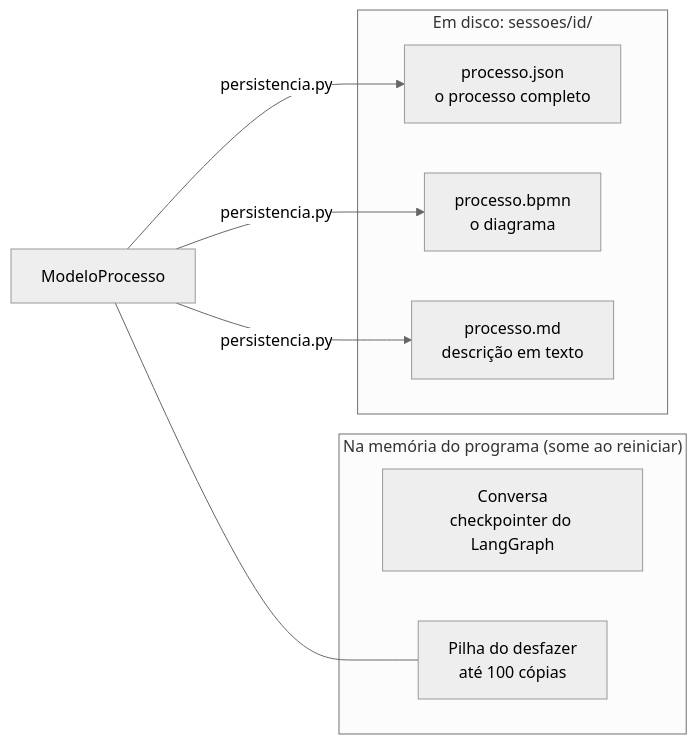
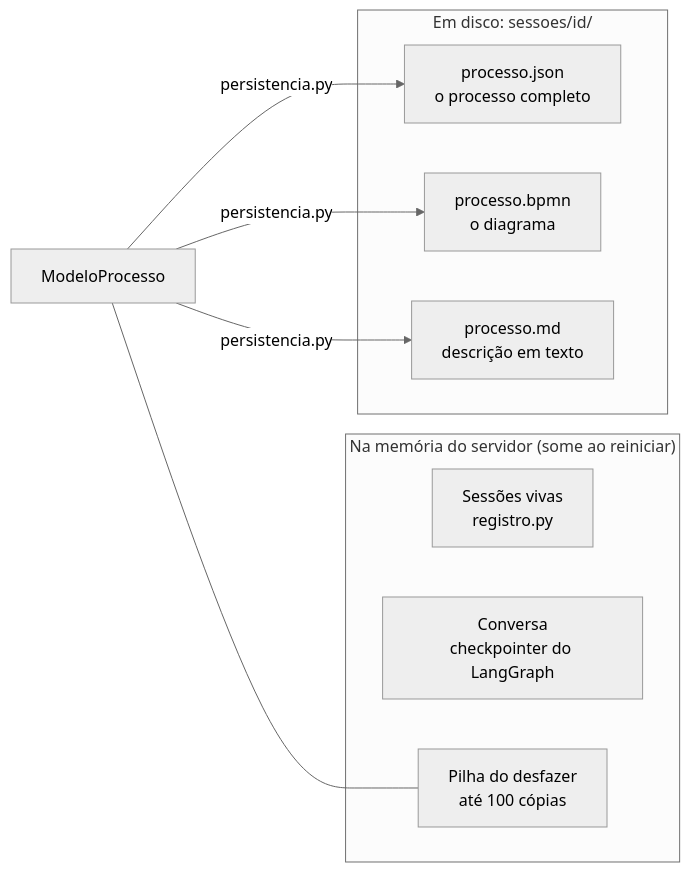
The fourth of 4 diagrams in docs/README.md (arthurparahyba/bpmn-agent), drawn with Mermaid (neutral theme) before and after one commit. The commit also changed other lines of this file and 13 other files, not shown here.

````diff
--- a/docs/README.md
+++ b/docs/README.md
@@ -211,16 +251,17 @@
 ```mermaid
 flowchart LR
-    subgraph memoria["Na memória do programa (some ao reiniciar)"]
+    subgraph memoria["Na memória do servidor (some ao reiniciar)"]
+        R["Sessões vivas<br/>registro.py"]
         H["Conversa<br/>checkpointer do LangGraph"]
         D["Pilha do desfazer<br/>até 100 cópias"]
     end
     subgraph disco["Em disco: sessoes/id/"]
         J["processo.json<br/>o processo completo"]
         B["processo.bpmn<br/>o diagrama"]
         MD["processo.md<br/>descrição em texto"]
     end
     MOD["ModeloProcesso"] -- "persistencia.py" --> J
     MOD -- "persistencia.py" --> B
     MOD -- "persistencia.py" --> MD
     MOD --- D
 ```
````
